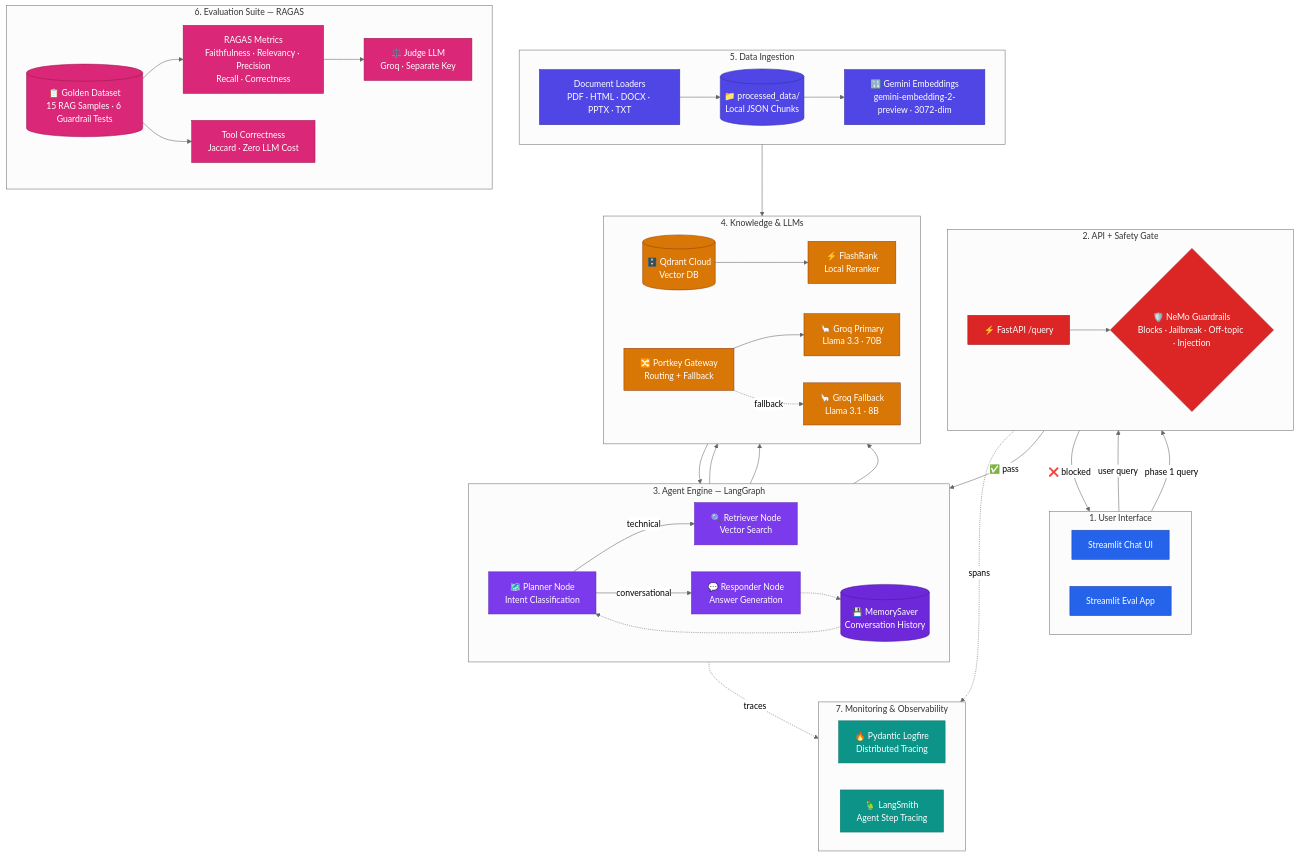
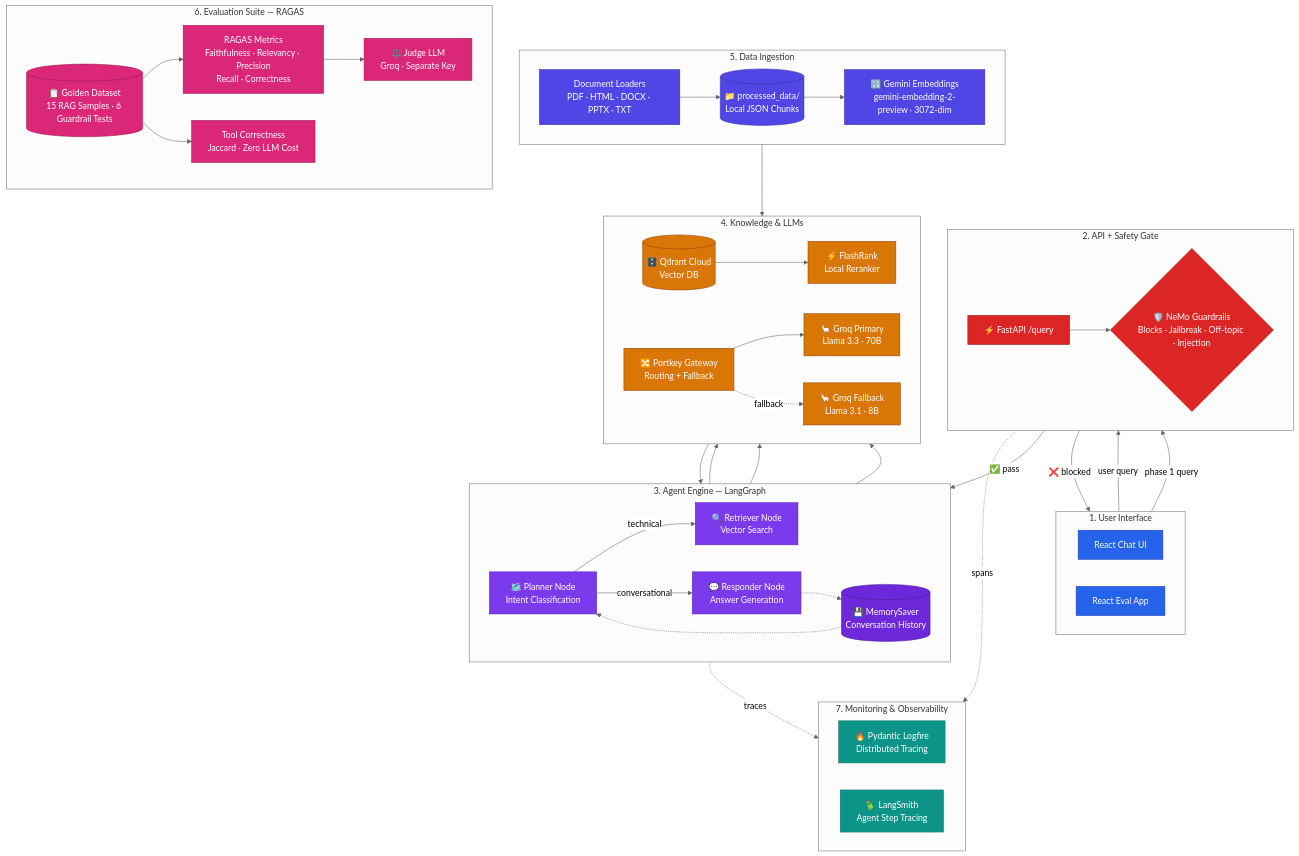
The second of 3 diagrams in ARCHITECTURE.md (maheshnallada/KubeAegis), drawn with Mermaid (neutral theme) before and after one commit. The commit also changed other lines of this file and 44 other files, not shown here.

```diff
--- a/ARCHITECTURE.md
+++ b/ARCHITECTURE.md
@@ -128,8 +128,8 @@
 
     subgraph UI ["1. User Interface"]
         direction LR
-        CHAT["Streamlit Chat UI"]
-        EAPP["Streamlit Eval App"]
+        CHAT["React Chat UI"]
+        EAPP["React Eval App"]
     end
 
     subgraph SAFETY ["2. API + Safety Gate"]
```
